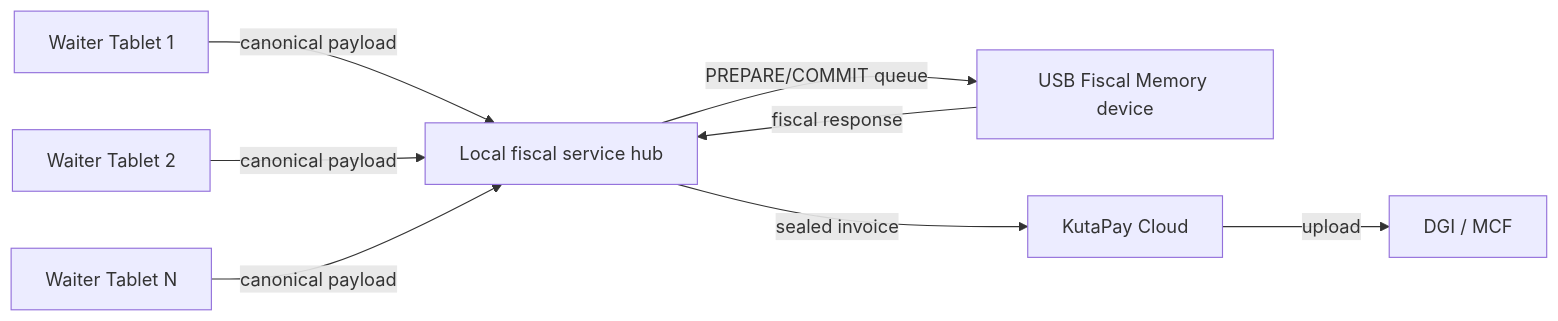
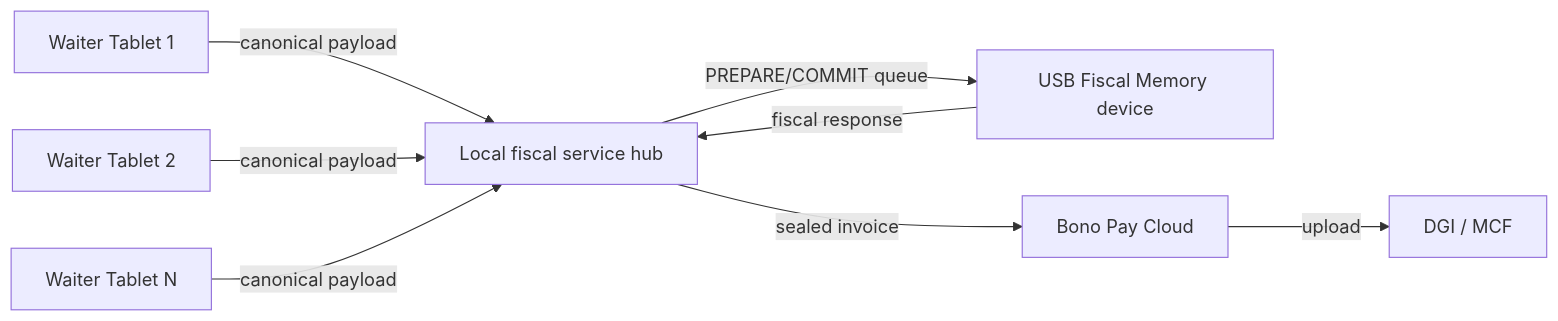
The third of 3 diagrams in design/docs/pos/multi-terminal.md (kupapay/docs), drawn with Mermaid before and after one commit. The commit also changed other lines of this file and 21 other files, not shown here.

Commit message:
docs: rename product from KutaPay to Bono Pay across all docs and diagrams

````diff
--- a/design/docs/pos/multi-terminal.md
+++ b/design/docs/pos/multi-terminal.md
@@ -93,18 +93,18 @@
 ```mermaid
 graph LR
     Waiter1["Waiter Tablet 1"]
     Waiter2["Waiter Tablet 2"]
     Waiter3["Waiter Tablet N"]
     HUB["Local fiscal service hub"]
     USB["USB Fiscal Memory device"]
-    CLOUD["KutaPay Cloud"]
+    CLOUD["Bono Pay Cloud"]
     DGI["DGI / MCF"]
 
     Waiter1 -->|canonical payload| HUB
     Waiter2 -->|canonical payload| HUB
     Waiter3 -->|canonical payload| HUB
     HUB -->|PREPARE/COMMIT queue| USB
     USB -->|fiscal response| HUB
     HUB -->|sealed invoice| CLOUD
     CLOUD -->|upload| DGI
 ```
````
